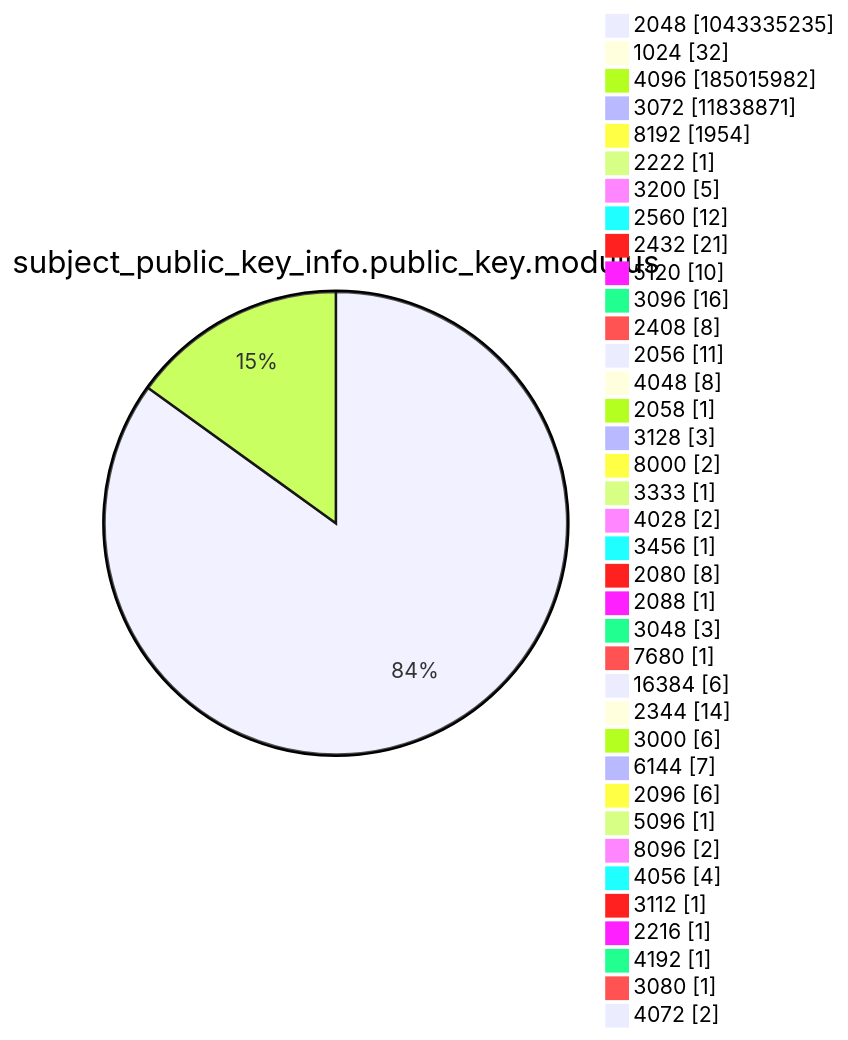
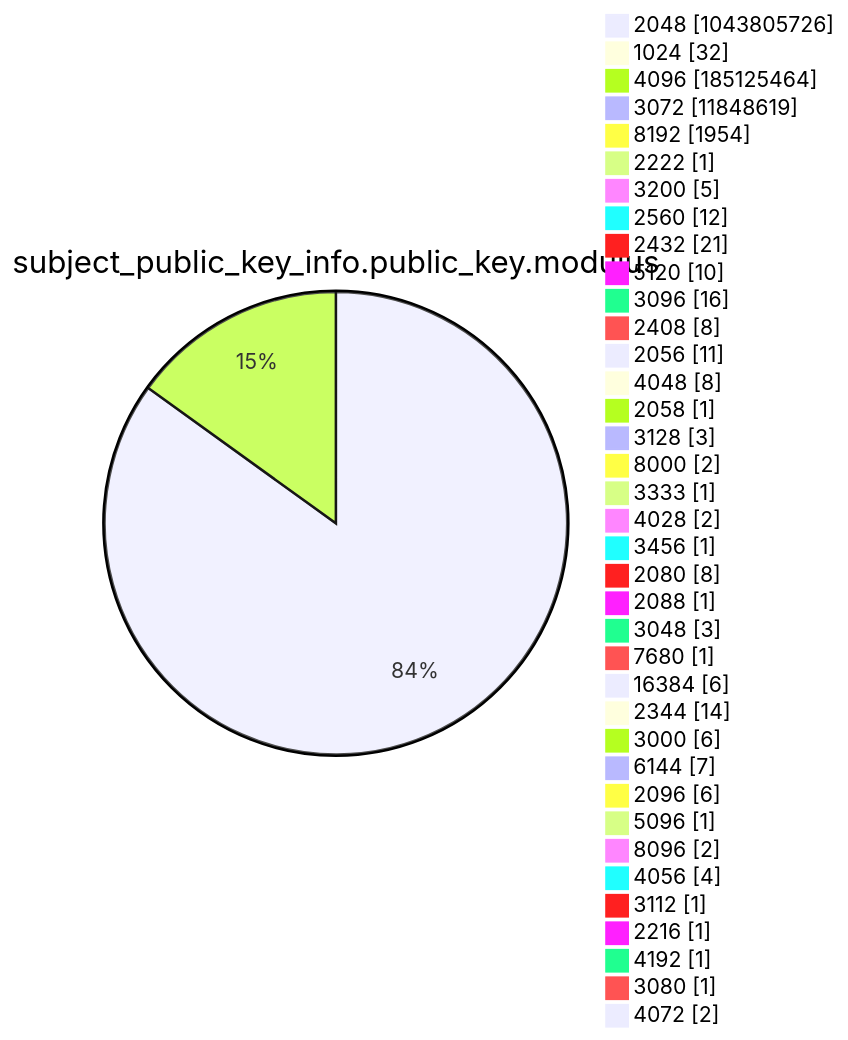
One commit to christiankrug/ctmonitor_visualization changed diagram 13 of 15 in argon2022/README.md. Above: the diagram before and after it, drawn with Mermaid. The commit also changed other lines of this file, not shown here.

````diff
--- a/argon2022/README.md
+++ b/argon2022/README.md
@@ -3589,41 +3589,41 @@
 ```mermaid
 pie showData
 title subject_public_key_info.public_key.modulus
-"2048" :1043335235
+"2048" :1043805726
 "1024" :32
-"4096" :185015982
-"3072" :11838871
+"4096" :185125464
+"3072" :11848619
 "8192" :1954
 "2222" :1
 "3200" :5
 "2560" :12
 "2432" :21
 "5120" :10
 "3096" :16
 "2408" :8
 "2056" :11
 "4048" :8
 "2058" :1
 "3128" :3
 "8000" :2
 "3333" :1
 "4028" :2
 "3456" :1
 "2080" :8
 "2088" :1
 "3048" :3
 "7680" :1
 "16384" :6
 "2344" :14
 "3000" :6
 "6144" :7
 "2096" :6
 "5096" :1
 "8096" :2
 "4056" :4
 "3112" :1
 "2216" :1
 "4192" :1
 "3080" :1
 "4072" :2
 ```
````
